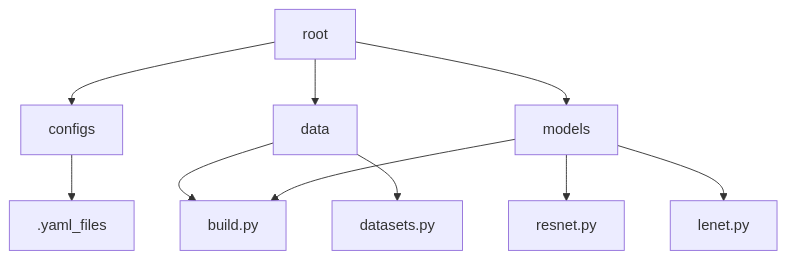
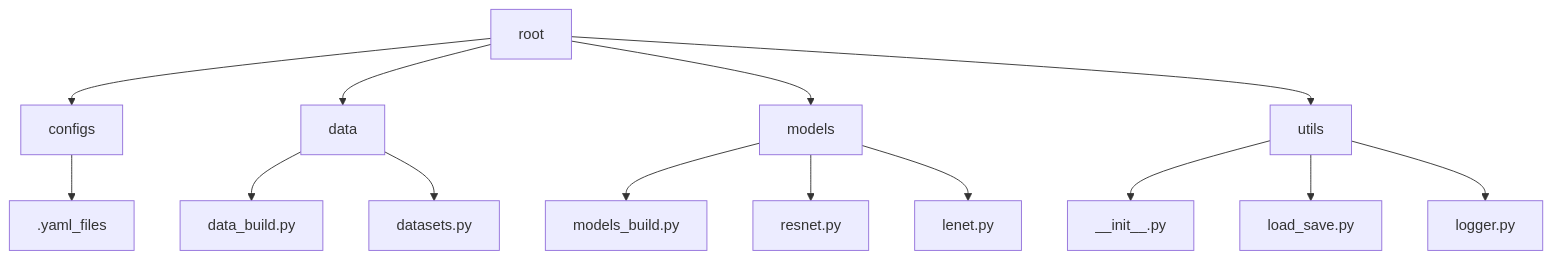
The second of 2 diagrams in WORKSHEET.md (ss1237/NMEP_sp23_HW1), drawn with Mermaid before and after one commit.

Commit message:
why do I need to give messages god wtf

````diff
--- a/WORKSHEET.md
+++ b/WORKSHEET.md
@@ -77,13 +77,17 @@
 ```mermaid
   graph TD;
       root-->configs;
       root-->data;
       root-->models;
+      root-->utils;
       configs-->.yaml_files;
-      data-->build.py;
+      data-->data_build.py;
       data-->datasets.py;
-      models-->build.py;
+      models-->models_build.py;
       models-->resnet.py;
       models-->lenet.py;
-
+      utils-->__init__.py;
+      utils-->load_save.py;
+      utils-->logger.py;
+      
 ```
````
